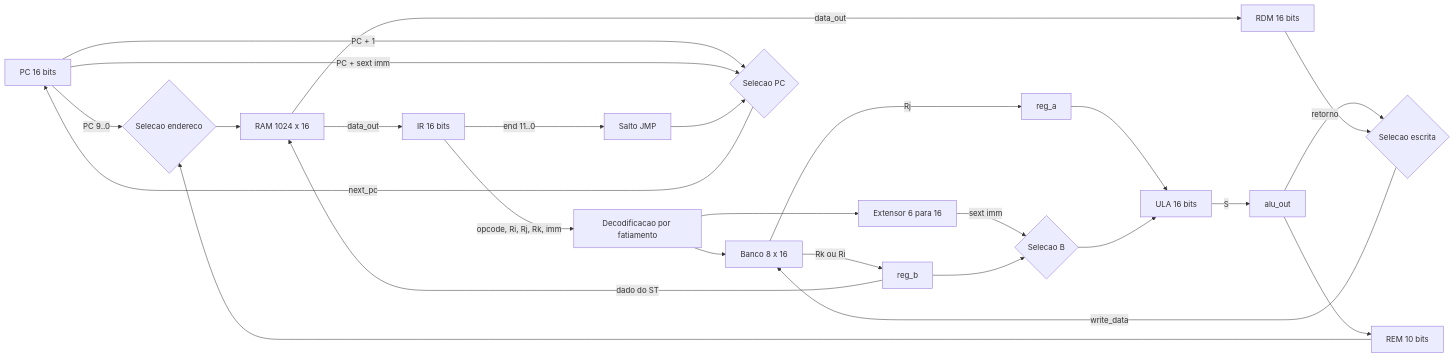
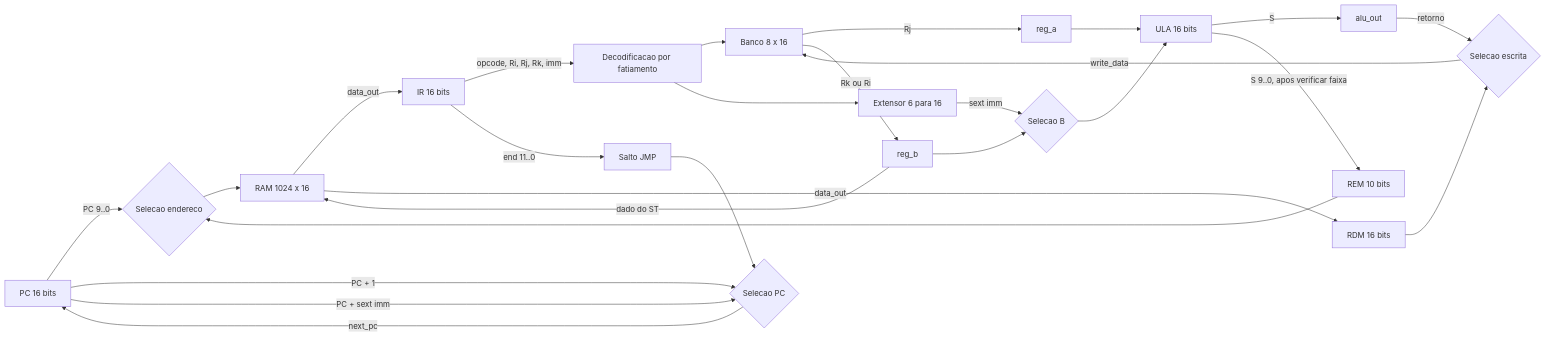
One commit to LuccasZibordi/arquitetura-cpu changed the diagram in docs/datapath.md. Above: the diagram before and after it, drawn with Mermaid. The commit also changed other lines of this file and 21 other files, not shown here.

````diff
--- a/docs/datapath.md
+++ b/docs/datapath.md
@@ -11,28 +11,28 @@
 ```mermaid
 flowchart LR
     PC[PC 16 bits] -->|PC 9..0| MA{Selecao endereco}
     REM[REM 10 bits] --> MA
     MA --> RAM[RAM 1024 x 16]
     RAM -->|data_out| IR[IR 16 bits]
     RAM -->|data_out| RDM[RDM 16 bits]
     IR -->|opcode, Ri, Rj, Rk, imm| DEC[Decodificacao por fatiamento]
     IR -->|end 11..0| JMP[Salto JMP]
     DEC --> RF[Banco 8 x 16]
     DEC --> EXT[Extensor 6 para 16]
     EXT -->|sext imm| MUXB{Selecao B}
     RF -->|Rj| RA[reg_a]
     RF -->|Rk ou Ri| RB[reg_b]
     RB --> MUXB
     RA --> ULA[ULA 16 bits]
     MUXB --> ULA
     ULA -->|S| AOUT[alu_out]
-    AOUT --> REM
+    ULA -->|S 9..0, apos verificar faixa| REM
     AOUT -->|retorno| MUXW{Selecao escrita}
     RDM --> MUXW
     MUXW -->|write_data| RF
     PC -->|PC + 1| MUXPC{Selecao PC}
     PC -->|PC + sext imm| MUXPC
     JMP --> MUXPC
     MUXPC -->|next_pc| PC
     RB -->|dado do ST| RAM
 ```
````
